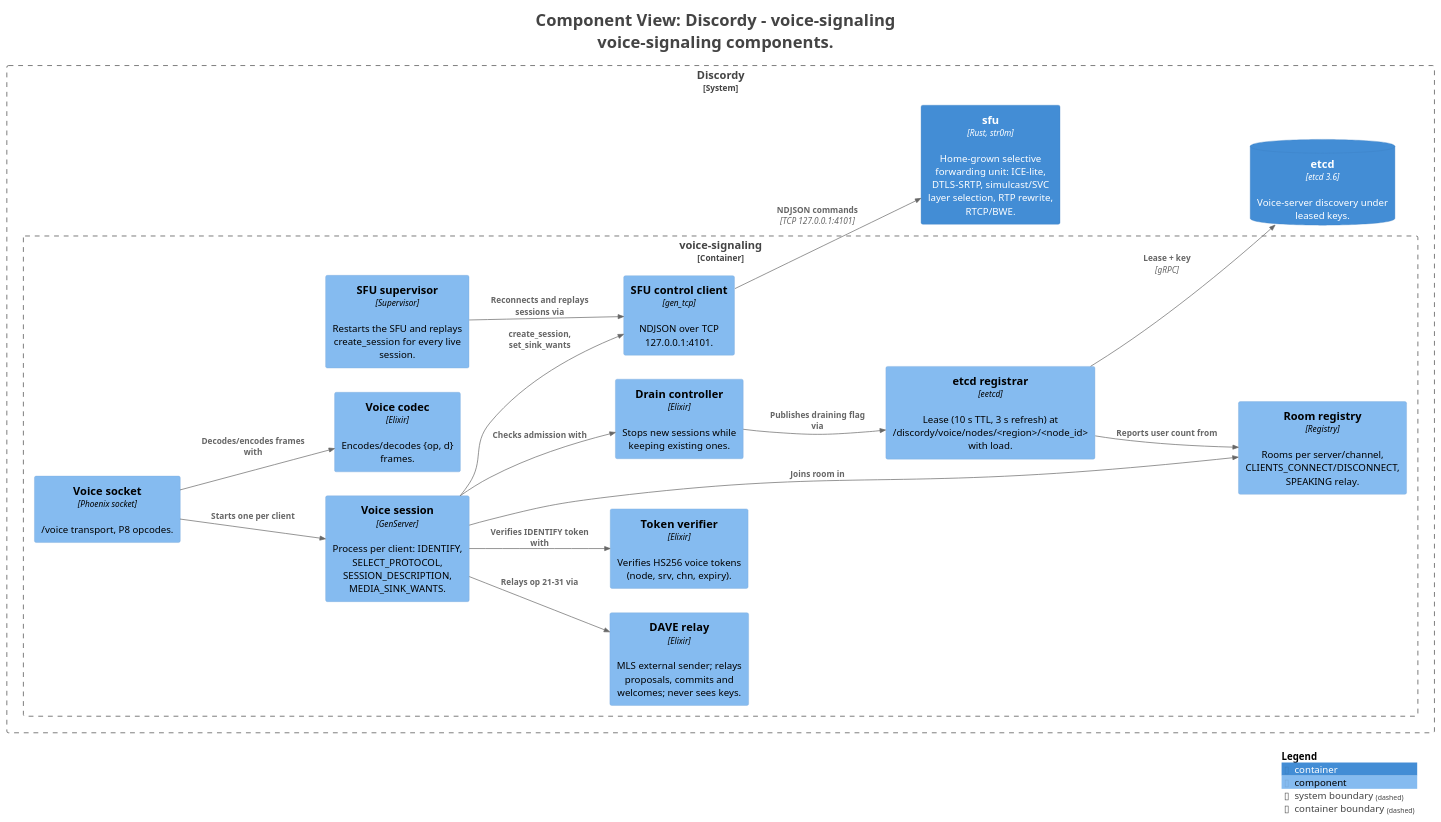
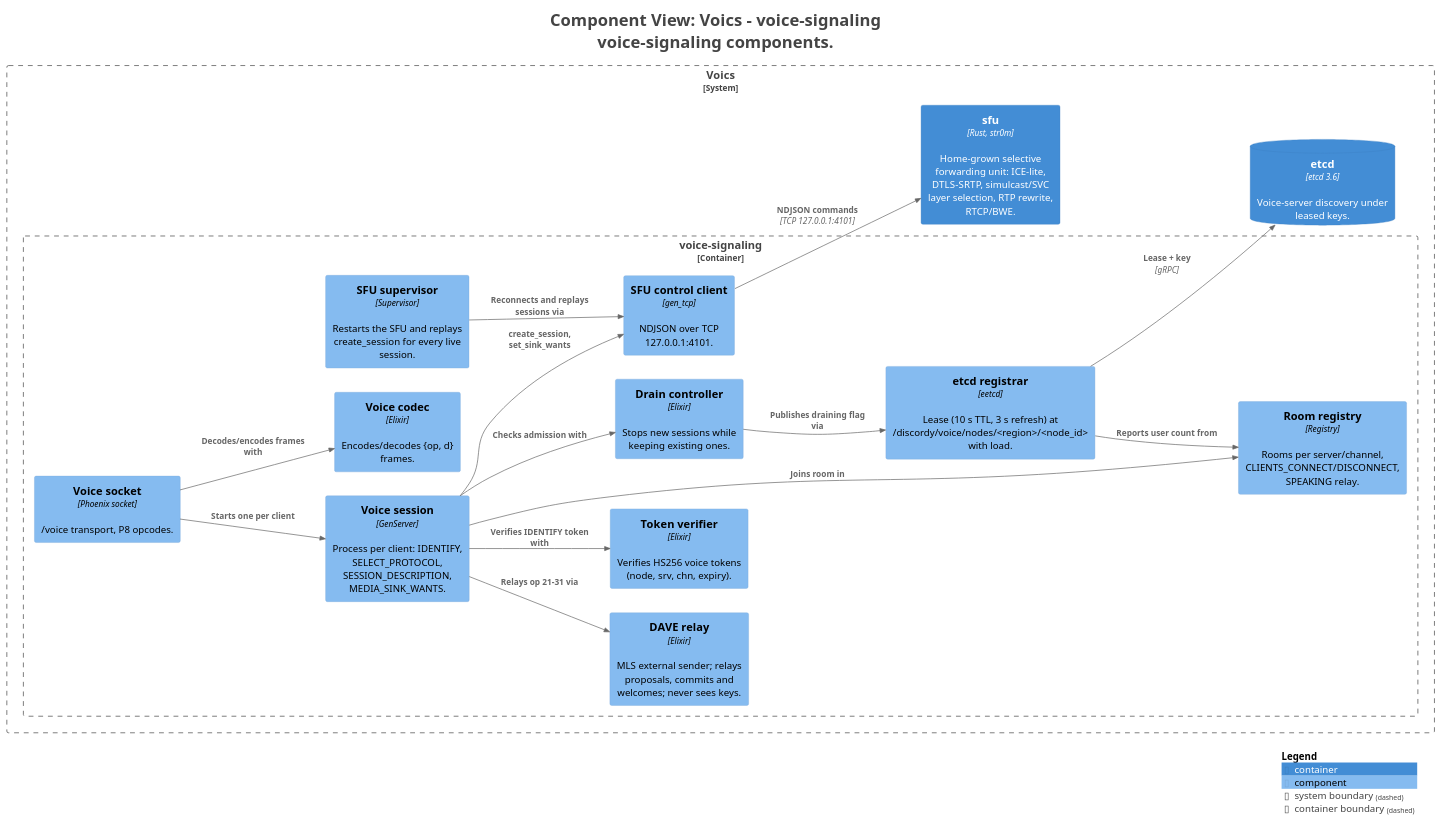
One commit to voics-app/docs changed the diagram in c4/rendered/structurizr-C3-voice-signaling.puml. Above: the diagram before and after it, drawn with PlantUML. The commit also changed 48 other files, not shown here.

Commit message:
Name the system Voics in the C4 model and re-render diagrams (docs#135 stage 1 follow-up)

```diff
--- a/c4/rendered/structurizr-C3-voice-signaling.puml
+++ b/c4/rendered/structurizr-C3-voice-signaling.puml
@@ -1,52 +1,52 @@
 @startuml
-title <size:24>Component View: Discordy - voice-signaling</size>\n<size:24>voice-signaling components.</size>
+title <size:24>Component View: Voics - voice-signaling</size>\n<size:24>voice-signaling components.</size>
 
 set separator none
 left to right direction
 
 <style>
   root {
     BackgroundColor: #ffffff
     FontColor: #444444
   }
 </style>
 
 !include <C4/C4>
 !include <C4/C4_Context>
 !include <C4/C4_Container>
 !include <C4/C4_Component>
 
-System_Boundary("Discordy_boundary", "Discordy", $tags="") {
-  Container_Boundary("Discordy.voicesignaling_boundary", "voice-signaling", $tags="") {
-    Component(Discordy.voicesignaling.Voicesocket, "Voice socket", $techn="Phoenix socket", $descr="/voice transport, P8 opcodes.", $tags="", $link="")
-    Component(Discordy.voicesignaling.Voicecodec, "Voice codec", $techn="Elixir", $descr="Encodes/decodes {op, d} frames.", $tags="", $link="")
-    Component(Discordy.voicesignaling.Tokenverifier, "Token verifier", $techn="Elixir", $descr="Verifies HS256 voice tokens (node, srv, chn, expiry).", $tags="", $link="")
-    Component(Discordy.voicesignaling.Roomregistry, "Room registry", $techn="Registry", $descr="Rooms per server/channel, CLIENTS_CONNECT/DISCONNECT, SPEAKING relay.", $tags="", $link="")
-    Component(Discordy.voicesignaling.Voicesession, "Voice session", $techn="GenServer", $descr="Process per client: IDENTIFY, SELECT_PROTOCOL, SESSION_DESCRIPTION, MEDIA_SINK_WANTS.", $tags="", $link="")
-    Component(Discordy.voicesignaling.DAVErelay, "DAVE relay", $techn="Elixir", $descr="MLS external sender; relays proposals, commits and welcomes; never sees keys.", $tags="", $link="")
-    Component(Discordy.voicesignaling.Draincontroller, "Drain controller", $techn="Elixir", $descr="Stops new sessions while keeping existing ones.", $tags="", $link="")
-    Component(Discordy.voicesignaling.SFUcontrolclient, "SFU control client", $techn="gen_tcp", $descr="NDJSON over TCP 127.0.0.1:4101.", $tags="", $link="")
-    Component(Discordy.voicesignaling.SFUsupervisor, "SFU supervisor", $techn="Supervisor", $descr="Restarts the SFU and replays create_session for every live session.", $tags="", $link="")
-    Component(Discordy.voicesignaling.etcdregistrar, "etcd registrar", $techn="eetcd", $descr="Lease (10 s TTL, 3 s refresh) at /discordy/voice/nodes/<region>/<node_id> with load.", $tags="", $link="")
+System_Boundary("Voics_boundary", "Voics", $tags="") {
+  Container_Boundary("Voics.voicesignaling_boundary", "voice-signaling", $tags="") {
+    Component(Voics.voicesignaling.Voicesocket, "Voice socket", $techn="Phoenix socket", $descr="/voice transport, P8 opcodes.", $tags="", $link="")
+    Component(Voics.voicesignaling.Voicecodec, "Voice codec", $techn="Elixir", $descr="Encodes/decodes {op, d} frames.", $tags="", $link="")
+    Component(Voics.voicesignaling.Tokenverifier, "Token verifier", $techn="Elixir", $descr="Verifies HS256 voice tokens (node, srv, chn, expiry).", $tags="", $link="")
+    Component(Voics.voicesignaling.Roomregistry, "Room registry", $techn="Registry", $descr="Rooms per server/channel, CLIENTS_CONNECT/DISCONNECT, SPEAKING relay.", $tags="", $link="")
+    Component(Voics.voicesignaling.Voicesession, "Voice session", $techn="GenServer", $descr="Process per client: IDENTIFY, SELECT_PROTOCOL, SESSION_DESCRIPTION, MEDIA_SINK_WANTS.", $tags="", $link="")
+    Component(Voics.voicesignaling.DAVErelay, "DAVE relay", $techn="Elixir", $descr="MLS external sender; relays proposals, commits and welcomes; never sees keys.", $tags="", $link="")
+    Component(Voics.voicesignaling.Draincontroller, "Drain controller", $techn="Elixir", $descr="Stops new sessions while keeping existing ones.", $tags="", $link="")
+    Component(Voics.voicesignaling.SFUcontrolclient, "SFU control client", $techn="gen_tcp", $descr="NDJSON over TCP 127.0.0.1:4101.", $tags="", $link="")
+    Component(Voics.voicesignaling.SFUsupervisor, "SFU supervisor", $techn="Supervisor", $descr="Restarts the SFU and replays create_session for every live session.", $tags="", $link="")
+    Component(Voics.voicesignaling.etcdregistrar, "etcd registrar", $techn="eetcd", $descr="Lease (10 s TTL, 3 s refresh) at /discordy/voice/nodes/<region>/<node_id> with load.", $tags="", $link="")
   }
 
-  Container(Discordy.sfu, "sfu", $techn="Rust, str0m", $descr="Home-grown selective forwarding unit: ICE-lite, DTLS-SRTP, simulcast/SVC layer selection, RTP rewrite, RTCP/BWE.", $tags="", $link="")
-  ContainerDb(Discordy.etcd, "etcd", $techn="etcd 3.6", $descr="Voice-server discovery under leased keys.", $tags="", $link="")
+  Container(Voics.sfu, "sfu", $techn="Rust, str0m", $descr="Home-grown selective forwarding unit: ICE-lite, DTLS-SRTP, simulcast/SVC layer selection, RTP rewrite, RTCP/BWE.", $tags="", $link="")
+  ContainerDb(Voics.etcd, "etcd", $techn="etcd 3.6", $descr="Voice-server discovery under leased keys.", $tags="", $link="")
 }
 
-Rel(Discordy.voicesignaling.Voicesocket, Discordy.voicesignaling.Voicecodec, "Decodes/encodes frames with", $techn="", $tags="", $link="")
-Rel(Discordy.voicesignaling.Voicesocket, Discordy.voicesignaling.Voicesession, "Starts one per client", $techn="", $tags="", $link="")
-Rel(Discordy.voicesignaling.Voicesession, Discordy.voicesignaling.Tokenverifier, "Verifies IDENTIFY token with", $techn="", $tags="", $link="")
-Rel(Discordy.voicesignaling.Voicesession, Discordy.voicesignaling.Roomregistry, "Joins room in", $techn="", $tags="", $link="")
-Rel(Discordy.voicesignaling.Voicesession, Discordy.voicesignaling.DAVErelay, "Relays op 21-31 via", $techn="", $tags="", $link="")
-Rel(Discordy.voicesignaling.Voicesession, Discordy.voicesignaling.SFUcontrolclient, "create_session, set_sink_wants", $techn="", $tags="", $link="")
-Rel(Discordy.voicesignaling.Voicesession, Discordy.voicesignaling.Draincontroller, "Checks admission with", $techn="", $tags="", $link="")
-Rel(Discordy.voicesignaling.SFUsupervisor, Discordy.voicesignaling.SFUcontrolclient, "Reconnects and replays sessions via", $techn="", $tags="", $link="")
-Rel(Discordy.voicesignaling.etcdregistrar, Discordy.voicesignaling.Roomregistry, "Reports user count from", $techn="", $tags="", $link="")
-Rel(Discordy.voicesignaling.Draincontroller, Discordy.voicesignaling.etcdregistrar, "Publishes draining flag via", $techn="", $tags="", $link="")
-Rel(Discordy.voicesignaling.SFUcontrolclient, Discordy.sfu, "NDJSON commands", $techn="TCP 127.0.0.1:4101", $tags="", $link="")
-Rel(Discordy.voicesignaling.etcdregistrar, Discordy.etcd, "Lease + key", $techn="gRPC", $tags="", $link="")
+Rel(Voics.voicesignaling.Voicesocket, Voics.voicesignaling.Voicecodec, "Decodes/encodes frames with", $techn="", $tags="", $link="")
+Rel(Voics.voicesignaling.Voicesocket, Voics.voicesignaling.Voicesession, "Starts one per client", $techn="", $tags="", $link="")
+Rel(Voics.voicesignaling.Voicesession, Voics.voicesignaling.Tokenverifier, "Verifies IDENTIFY token with", $techn="", $tags="", $link="")
+Rel(Voics.voicesignaling.Voicesession, Voics.voicesignaling.Roomregistry, "Joins room in", $techn="", $tags="", $link="")
+Rel(Voics.voicesignaling.Voicesession, Voics.voicesignaling.DAVErelay, "Relays op 21-31 via", $techn="", $tags="", $link="")
+Rel(Voics.voicesignaling.Voicesession, Voics.voicesignaling.SFUcontrolclient, "create_session, set_sink_wants", $techn="", $tags="", $link="")
+Rel(Voics.voicesignaling.Voicesession, Voics.voicesignaling.Draincontroller, "Checks admission with", $techn="", $tags="", $link="")
+Rel(Voics.voicesignaling.SFUsupervisor, Voics.voicesignaling.SFUcontrolclient, "Reconnects and replays sessions via", $techn="", $tags="", $link="")
+Rel(Voics.voicesignaling.etcdregistrar, Voics.voicesignaling.Roomregistry, "Reports user count from", $techn="", $tags="", $link="")
+Rel(Voics.voicesignaling.Draincontroller, Voics.voicesignaling.etcdregistrar, "Publishes draining flag via", $techn="", $tags="", $link="")
+Rel(Voics.voicesignaling.SFUcontrolclient, Voics.sfu, "NDJSON commands", $techn="TCP 127.0.0.1:4101", $tags="", $link="")
+Rel(Voics.voicesignaling.etcdregistrar, Voics.etcd, "Lease + key", $techn="gRPC", $tags="", $link="")
 
 SHOW_LEGEND(true)
 hide stereotypes
 @enduml
```
